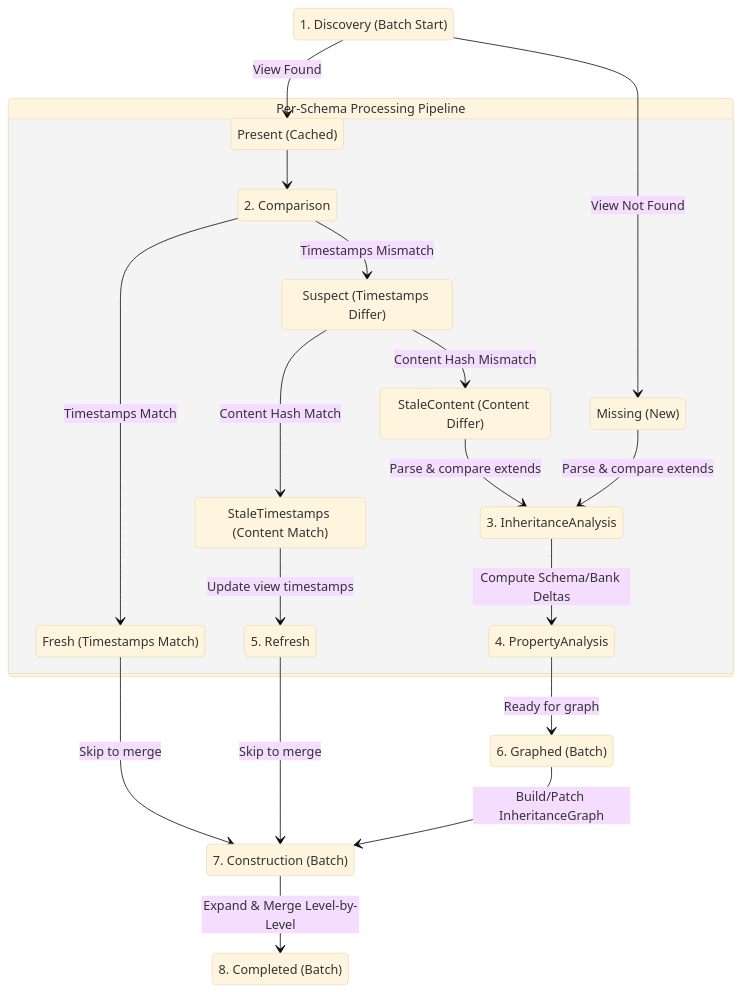
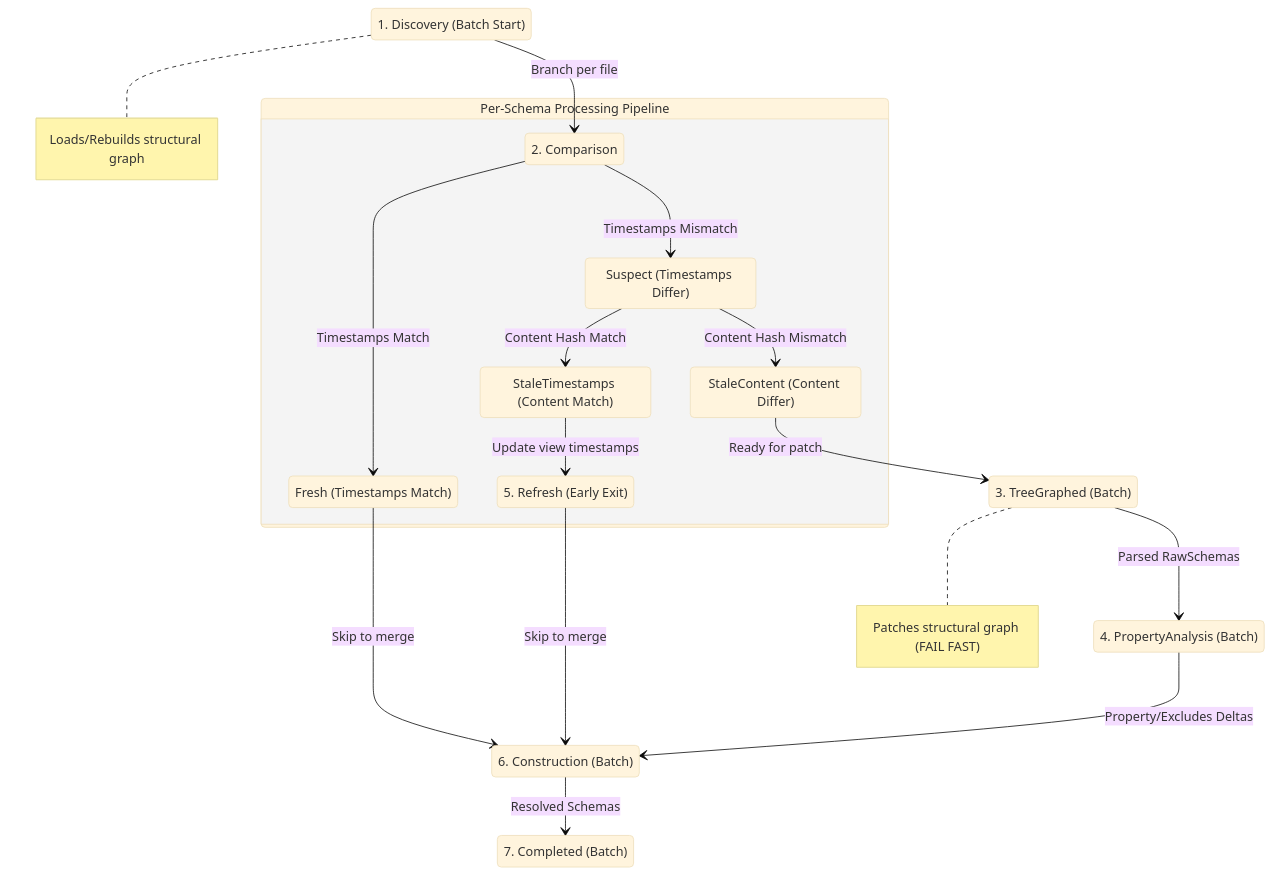
One commit to JackMatanky/lithos changed the diagram in _bmad-output/schema-pipeline-typestate-redesign.md. Above: the diagram before and after it, drawn with Mermaid (base theme). The commit also changed other lines of this file and 15 other files, not shown here.

First line of the commit message:
feat(schema): complete PropertyBank delta integration (Phase 3)

````diff
--- a/_bmad-output/schema-pipeline-typestate-redesign.md
+++ b/_bmad-output/schema-pipeline-typestate-redesign.md
@@ -2162,50 +2182,43 @@
 ```mermaid
 stateDiagram-v2
     direction TB
 
     %% Main Stages
     state "1. Discovery (Batch Start)" as Stage1
+    note right of Stage1: Loads/Rebuilds structural graph
 
     state "Per-Schema Processing Pipeline" as PerSchema {
         state "2. Comparison" as Stage2
-        state "3. InheritanceAnalysis" as Stage3
-        state "4. PropertyAnalysis" as Stage4
-        state "5. Refresh" as Stage5
-
-        %% Internal states
-        state "Missing (New)" as Missing
-        state "Present (Cached)" as Present
         state "Fresh (Timestamps Match)" as FreshComp
         state "Suspect (Timestamps Differ)" as Suspect
         state "StaleTimestamps (Content Match)" as StaleTS
         state "StaleContent (Content Differ)" as StaleContent
+
+        state "5. Refresh (Early Exit)" as Stage5
 
         Stage2 --> FreshComp: Timestamps Match
         Stage2 --> Suspect: Timestamps Mismatch
 
         Suspect --> StaleTS: Content Hash Match
         Suspect --> StaleContent: Content Hash Mismatch
 
         StaleTS --> Stage5: Update view timestamps
-
-        StaleContent --> Stage3: Parse & compare extends
-        Missing --> Stage3: Parse & compare extends
-
-        Stage3 --> Stage4: Compute Schema/Bank Deltas
     }
 
-    state "6. Graphed (Batch)" as Stage6
-    state "7. Construction (Batch)" as Stage7
-    state "8. Completed (Batch)" as Stage8
+    state "3. TreeGraphed (Batch)" as Stage3
+    note right of Stage3: Patches structural graph (FAIL FAST)
 
-    Stage1 --> Missing: View Not Found
-    Stage1 --> Present: View Found
-    Present --> Stage2
+    state "4. PropertyAnalysis (Batch)" as Stage4
+    state "6. Construction (Batch)" as Stage6
+    state "7. Completed (Batch)" as Stage7
 
-    FreshComp --> Stage7: Skip to merge
-    Stage5 --> Stage7: Skip to merge
-    Stage4 --> Stage6: Ready for graph
+    Stage1 --> Stage2: Branch per file
 
-    Stage6 --> Stage7: Build/Patch InheritanceGraph
-    Stage7 --> Stage8: Expand & Merge Level-by-Level
+    FreshComp --> Stage6: Skip to merge
+    Stage5 --> Stage6: Skip to merge
+    StaleContent --> Stage3: Ready for patch
+
+    Stage3 --> Stage4: Parsed RawSchemas
+    Stage4 --> Stage6: Property/Excludes Deltas
+    Stage6 --> Stage7: Resolved Schemas
 ```
````
